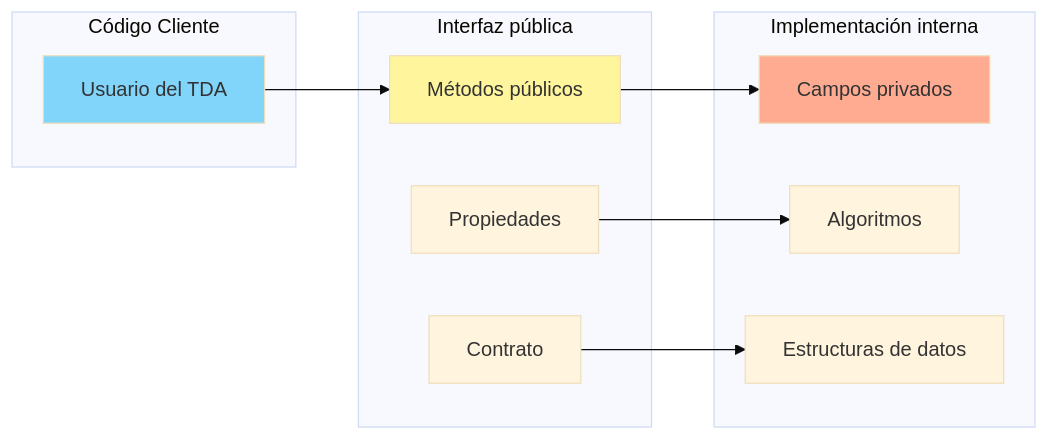
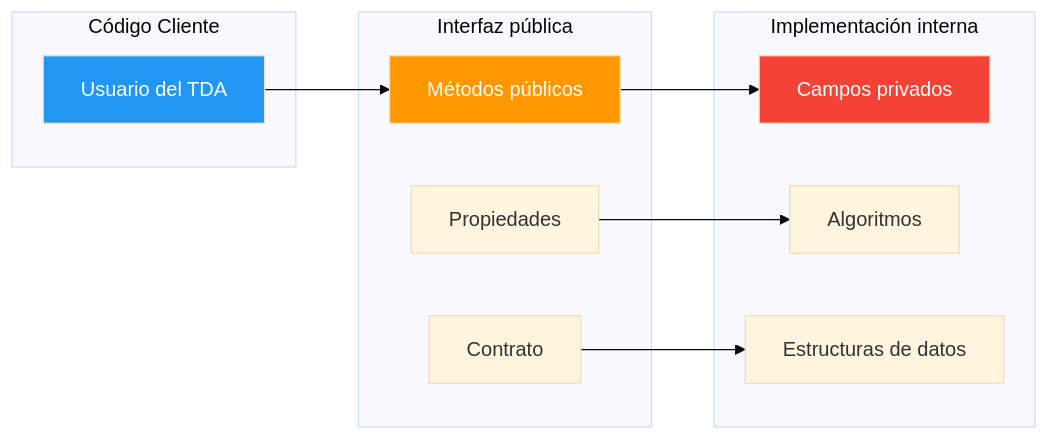
The second of 5 diagrams in csharp_inicial/06-TDAColeccionesFuncional.md (joseluisgs/DesarrolloWebEntornosServidor-01-2026-2027), drawn with Mermaid (base theme) before and after one commit. The commit also changed other lines of this file and 77 other files, not shown here.

````diff
--- a/csharp_inicial/06-TDAColeccionesFuncional.md
+++ b/csharp_inicial/06-TDAColeccionesFuncional.md
@@ -79,27 +90,27 @@
 ```mermaid
 graph LR
     subgraph "Código Cliente"
         C1["Usuario del TDA"]
     end
     
     subgraph "Interfaz pública"
         I1["Métodos públicos"]
         I2["Propiedades"]
         I3["Contrato"]
     end
     
     subgraph "Implementación interna"
         E1["Campos privados"]
         E2["Algoritmos"]
         E3["Estructuras de datos"]
     end
     
     C1 --> I1
     I1 --> E1
     I2 --> E2
     I3 --> E3
     
-    style C1 fill:#81D4FA
-    style I1 fill:#FFF59D
-    style E1 fill:#FFAB91
+    style C1 fill:#2196F3,color:#fff
+    style I1 fill:#FF9800,color:#fff
+    style E1 fill:#f44336,color:#fff
 ```
````
